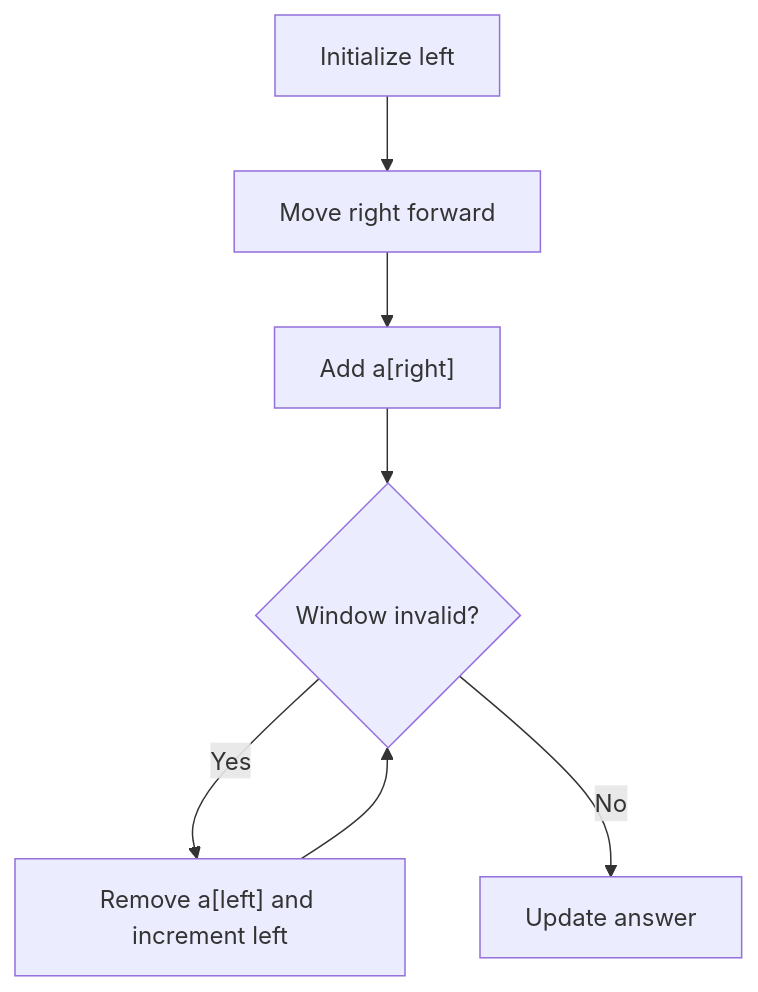
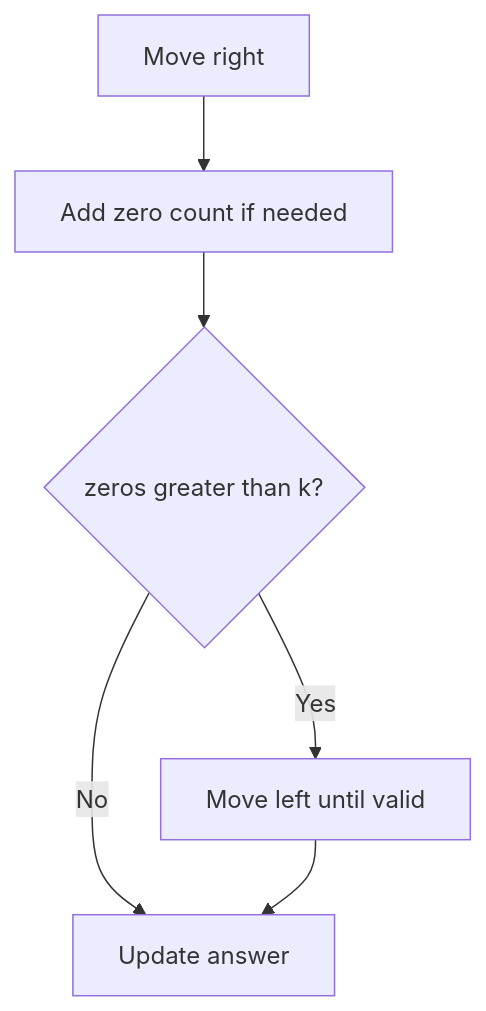
One commit to mthaiseer/springcloud-systemdesign-notes changed diagram 23 of 36 in CP_DSA_NOTES/CONCEPT_FRAMEWORK_FORMS_TATICS/two_pointers_sliding_window_playbook.md. Above: the diagram before and after it, drawn with Mermaid. The commit also changed other lines of this file, not shown here.

````diff
--- a/CP_DSA_NOTES/CONCEPT_FRAMEWORK_FORMS_TATICS/two_pointers_sliding_window_playbook.md
+++ b/CP_DSA_NOTES/CONCEPT_FRAMEWORK_FORMS_TATICS/two_pointers_sliding_window_playbook.md
@@ -335,9 +651,8 @@
 ```mermaid
 flowchart TD
-    A["Initialize left"] --> B["Move right forward"]
-    B --> C["Add a[right]"]
-    C --> D{"Window invalid?"}
-    D -->|"Yes"| E["Remove a[left] and increment left"]
-    E --> D
-    D -->|"No"| F["Update answer"]
+    A["Move right"] --> B["Add zero count if needed"]
+    B --> C{"zeros greater than k?"}
+    C -->|"Yes"| D["Move left until valid"]
+    C -->|"No"| E["Update answer"]
+    D --> E
 ```
````
